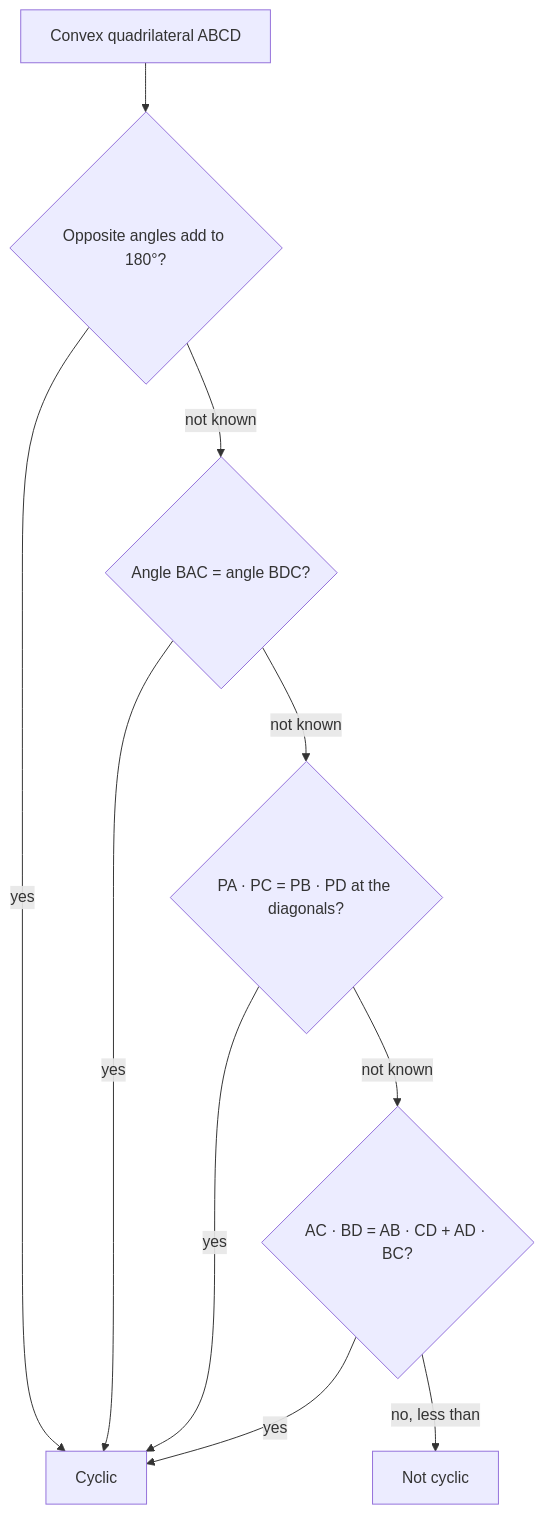
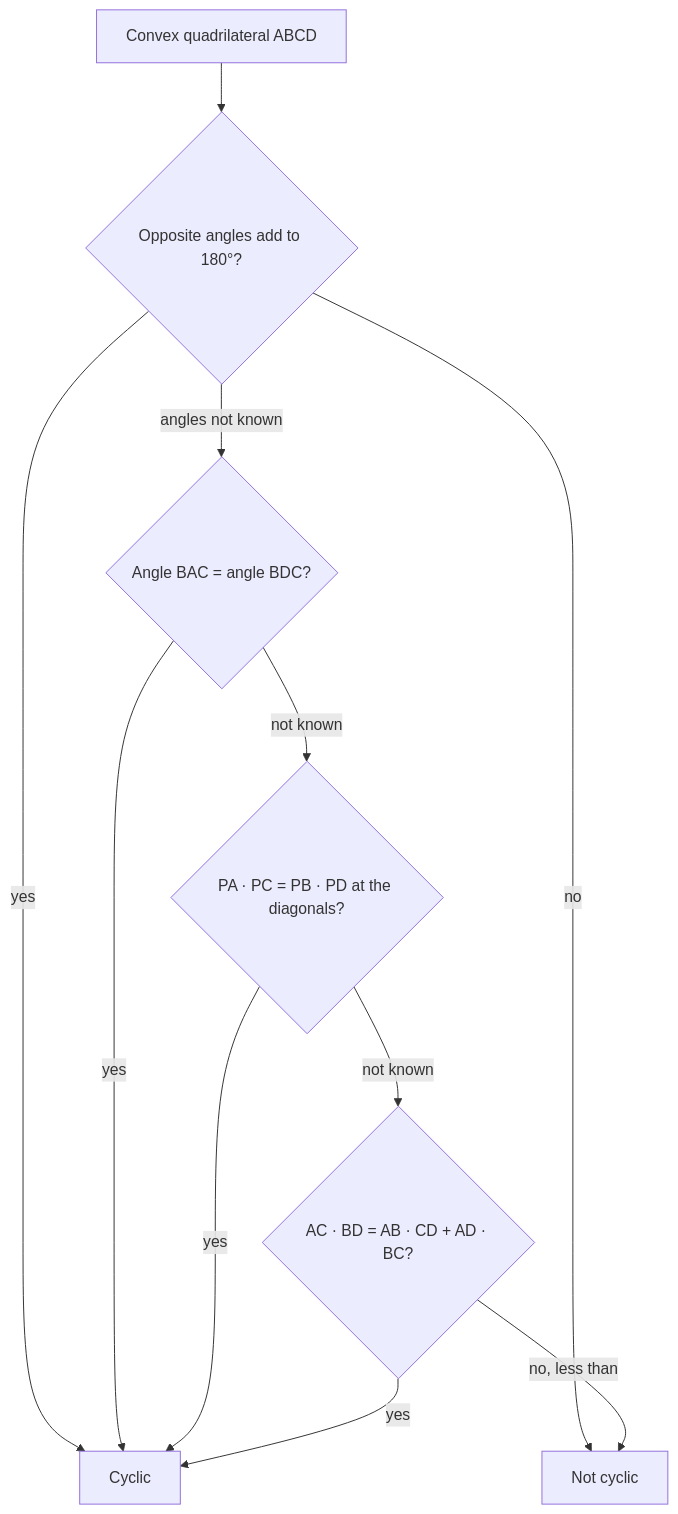
One commit to Aziliz/erudior changed the diagram in content/math/geometry/lessons/93-ptolemy-cyclic.md. Above: the diagram before and after it, drawn with Mermaid. The commit also changed 61 other files, not shown here.

````diff
--- a/content/math/geometry/lessons/93-ptolemy-cyclic.md
+++ b/content/math/geometry/lessons/93-ptolemy-cyclic.md
@@ -22,14 +22,15 @@
 ```mermaid
 flowchart TD
   accTitle: Deciding whether a quadrilateral is cyclic
-  accDescr: For a convex quadrilateral ABCD, first check whether a pair of opposite angles adds to 180 degrees; if so it is cyclic. If the angles are not known, check whether two angles on the same side, such as angle BAC and angle BDC, are congruent; if so it is cyclic. Otherwise, if the diagonals meet at P, check whether PA times PC equals PB times PD; if so it is cyclic. If the side and diagonal lengths are known, check Ptolemy's relation; equality means cyclic and strict inequality means not cyclic.
+  accDescr: For a convex quadrilateral ABCD, first check whether a pair of opposite angles adds to 180 degrees; if so it is cyclic, and if the angles are known and do not, it is not cyclic. If the angles are not known, check whether two angles on the same side, such as angle BAC and angle BDC, are congruent; if so it is cyclic. Otherwise, if the diagonals meet at P, check whether PA times PC equals PB times PD; if so it is cyclic. If the side and diagonal lengths are known, check Ptolemy's relation; equality means cyclic and strict inequality means not cyclic.
   A["Convex quadrilateral ABCD"] --> B{"Opposite angles add to 180°?"}
   B -- yes --> Y["Cyclic"]
-  B -- "not known" --> C{"Angle BAC = angle BDC?"}
+  B -- no --> N
+  B -- "angles not known" --> C{"Angle BAC = angle BDC?"}
   C -- yes --> Y
   C -- "not known" --> D{"PA · PC = PB · PD at the diagonals?"}
   D -- yes --> Y
   D -- "not known" --> E{"AC · BD = AB · CD + AD · BC?"}
   E -- yes --> Y
   E -- "no, less than" --> N["Not cyclic"]
 ```
````
